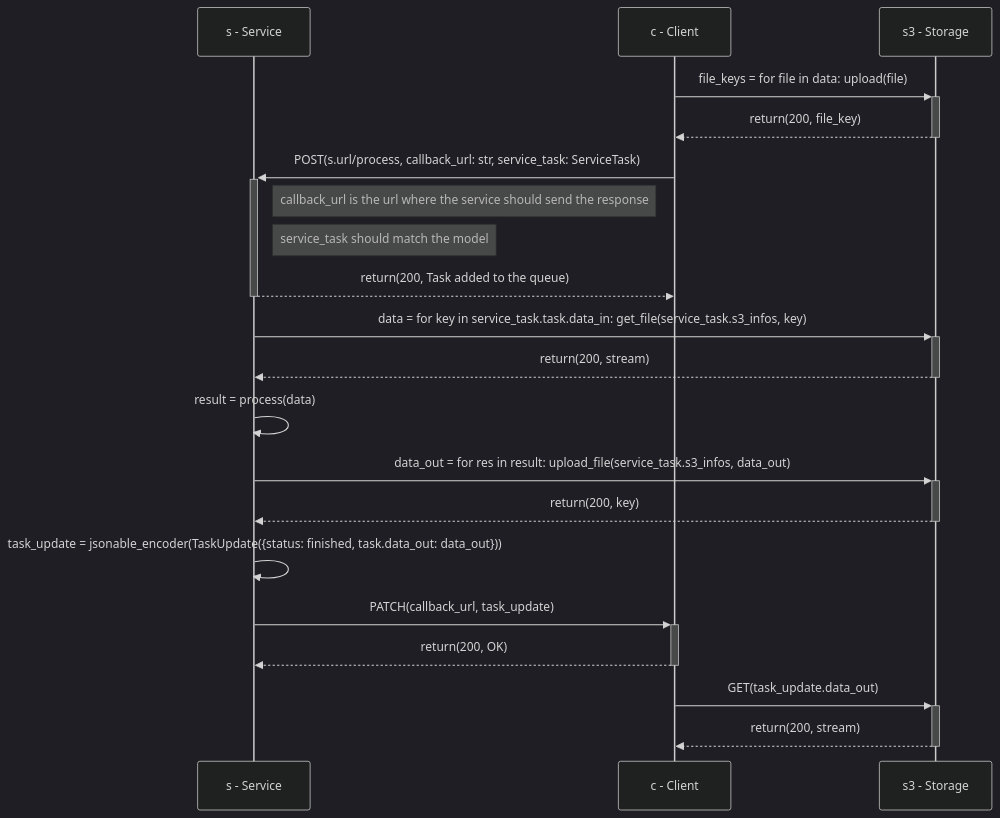
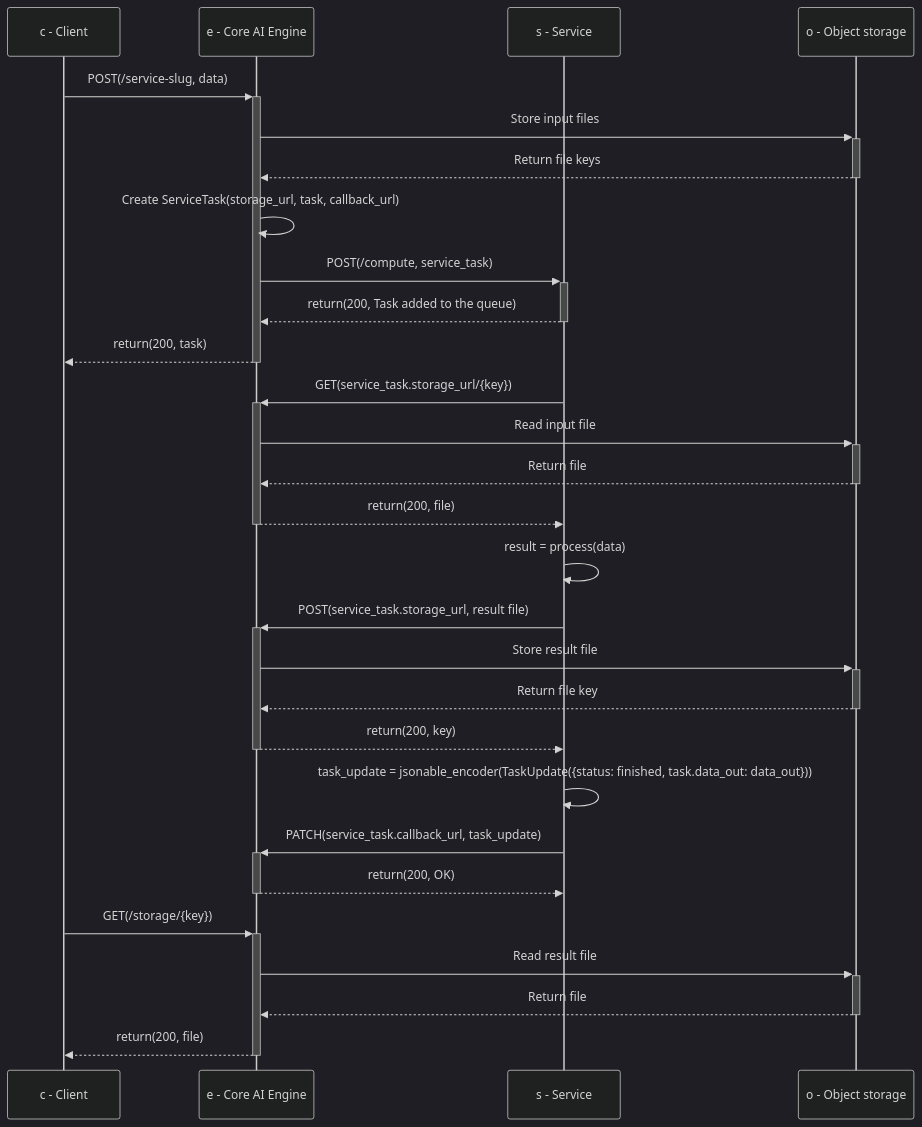
The diagram in docs/reference/core-concepts/service.md (swiss-ai-center/documentation), drawn with Mermaid (dark theme) before and after one commit. The commit also changed other lines of this file and 4 other files, not shown here.

````diff
--- a/docs/reference/core-concepts/service.md
+++ b/docs/reference/core-concepts/service.md
@@ -17,22 +19,30 @@
 ```mermaid
 sequenceDiagram
+    participant C as c - Client
+    participant E as e - Core AI Engine
     participant S as s - Service
-    participant C as c - Client
-    participant S3 as s3 - Storage
-    C->>+S3: file_keys = for file in data: upload(file)
-    S3-->>-C: return(200, file_key)
-    C->>+S: POST(s.url/process, callback_url: str, service_task: ServiceTask)
-    Note right of S: callback_url is the url where the service should send the response
-    Note right of S: service_task should match the model
-    S-->>-C: return(200, Task added to the queue)
-    S->>+S3: data = for key in service_task.task.data_in: get_file(service_task.s3_infos, key)
-    S3-->>-S: return(200, stream)
+    participant O as o - Object storage
+    C->>+E: POST(/service-slug, data)
+    E->>+O: Store input files
+    O-->>-E: Return file keys
+    E->>E: Create ServiceTask(storage_url, task, callback_url)
+    E->>+S: POST(/compute, service_task)
+    S-->>-E: return(200, Task added to the queue)
+    E-->>-C: return(200, task)
+    S->>+E: GET(service_task.storage_url/{key})
+    E->>+O: Read input file
+    O-->>-E: Return file
+    E-->>-S: return(200, file)
     S->>S: result = process(data)
-    S->>+S3: data_out = for res in result: upload_file(service_task.s3_infos, data_out)
-    S3-->>-S: return(200, key)
+    S->>+E: POST(service_task.storage_url, result file)
+    E->>+O: Store result file
+    O-->>-E: Return file key
+    E-->>-S: return(200, key)
     S->>S: task_update = jsonable_encoder(TaskUpdate({status: finished, task.data_out: data_out}))
-    S->>+C: PATCH(callback_url, task_update)
-    C-->>-S: return(200, OK)
-    C->>+S3: GET(task_update.data_out)
-    S3-->>-C: return(200, stream)
+    S->>+E: PATCH(service_task.callback_url, task_update)
+    E-->>-S: return(200, OK)
+    C->>+E: GET(/storage/{key})
+    E->>+O: Read result file
+    O-->>-E: Return file
+    E-->>-C: return(200, file)
 ```
````
